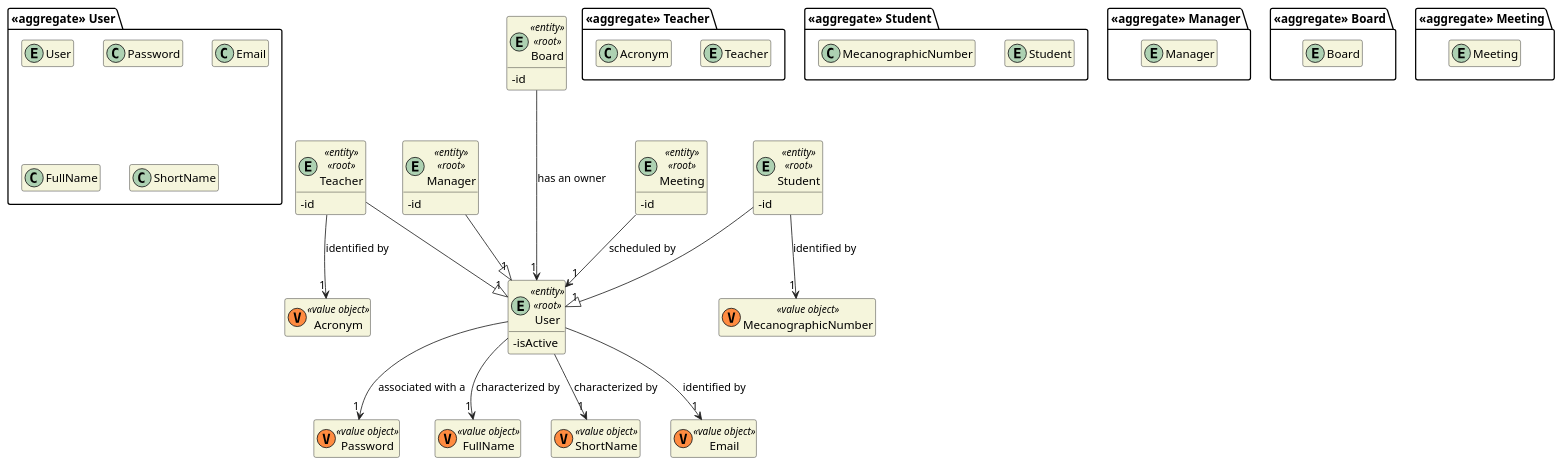
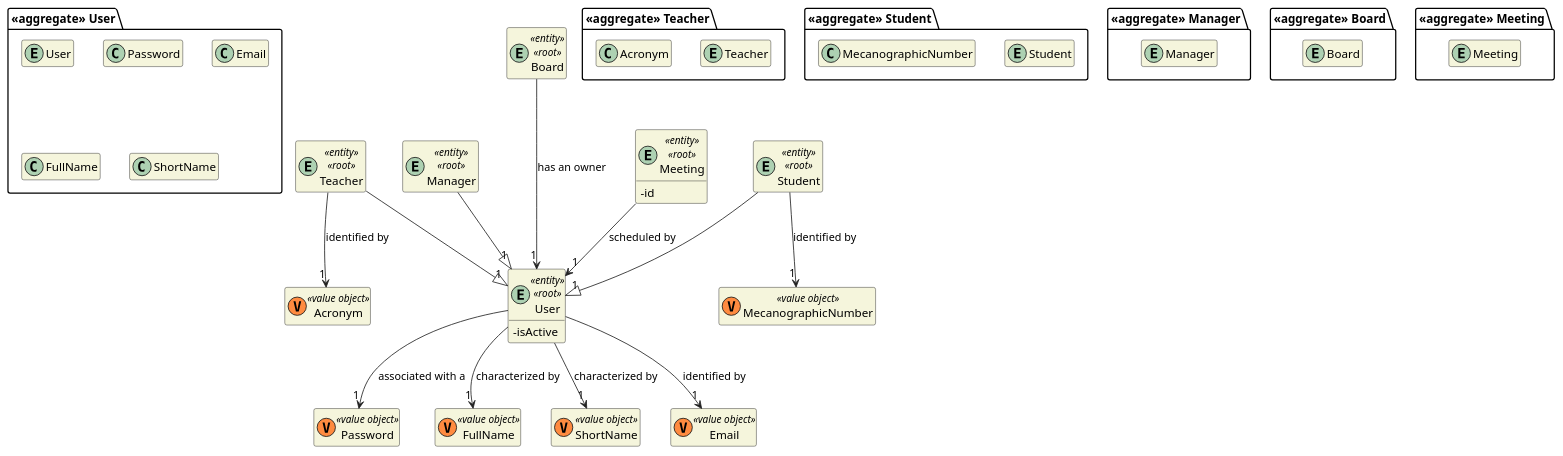
Before and after one commit to miseEnPlace-dev/lapr4: the diagram in docs/dm/DM_User.puml, drawn with PlantUML. The commit also changed 8 other files, not shown here.

```diff
--- a/docs/dm/DM_User.puml
+++ b/docs/dm/DM_User.puml
@@ -1,93 +1,89 @@
 @startuml DM-USER
 'https://plantuml.com/class-diagram
 
 skinparam classAttributeIconSize 0
 hide empty attributes
 hide empty methods
 skinparam classBackgroundColor beige
 skinparam ArrowColor #222222
 
 package "<<aggregate>> User" {
   entity User
   class Password
   class Email
   class FullName
   class ShortName
 }
 
 entity User <<entity>> <<root>> {
   - isActive
 }
 
 entity User
 
 class Password <<(V,#FF8B40) value object>> {}
 class FullName <<(V,#FF8B40) value object>> {}
 class ShortName <<(V,#FF8B40) value object>> {}
 class Email <<(V,#FF8B40) value object>> {}
 
 User --> "1" Password : associated with a
 User --> "1" FullName : characterized by
 User --> "1" ShortName : characterized by
 User --> "1" Email : identified by
 
 package "<<aggregate>> Teacher" {
   entity Teacher
   class Acronym
 }
 
 
 entity Teacher <<entity>> <<root>> {
-  - id
 }
 
 package "<<aggregate>> Student" {
   entity Student
   class MecanographicNumber
 }
 
 
 entity Student <<entity>> <<root>> {
-  - id
 }
 
 package "<<aggregate>> Manager" {
   entity Manager
 }
 
 entity Manager <<entity>> <<root>> {
-  - id
 }
 
 package "<<aggregate>> Board" {
   entity Board
 }
 
 entity Board <<entity>> <<root>> {
-  - id
 }
 
 package "<<aggregate>> Meeting" {
   entity Meeting
 }
 
 entity Meeting <<entity>> <<root>> {
   - id
 }
 
 class Acronym <<(V,#FF8B40) value object>> {}
 class MecanographicNumber <<(V,#FF8B40) value object>> {}
 
 Student --> "1" MecanographicNumber : identified by
 ' Sprint 1 clarifications - question 18: "I think it would be wise to enforce that acronyms be unique" -> identified by
 Teacher --> "1" Acronym : identified by
 
 Teacher --|> "1" User
 Student --|> "1" User
 Manager --|> "1" User
 
 Board ---> "1" User : has an owner
 
 Meeting --> "1" User : scheduled by
 
 @enduml
```
